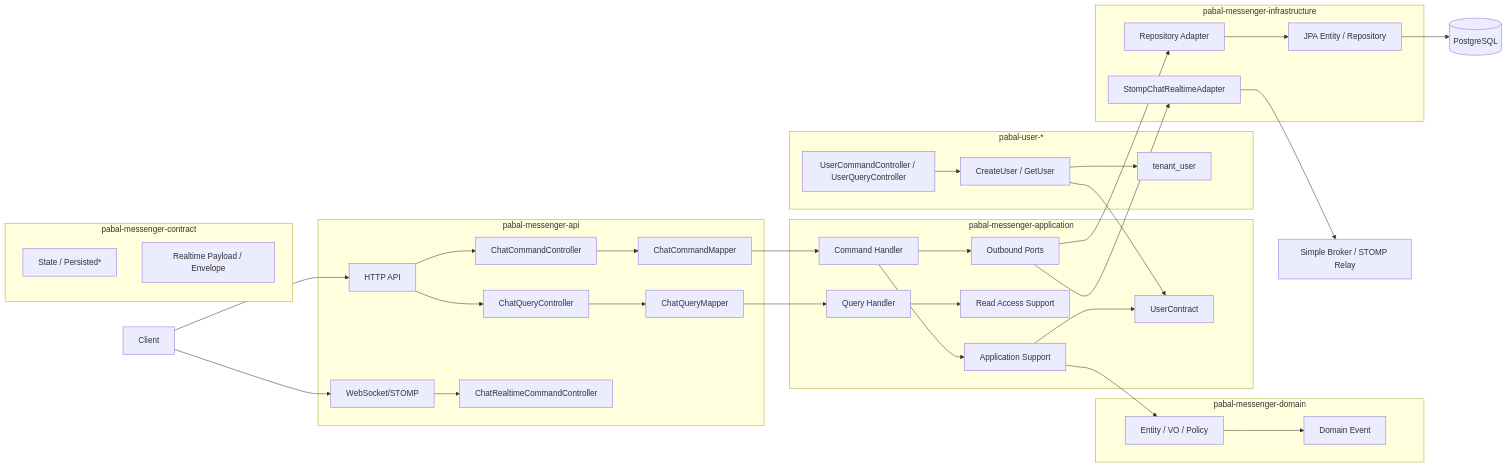
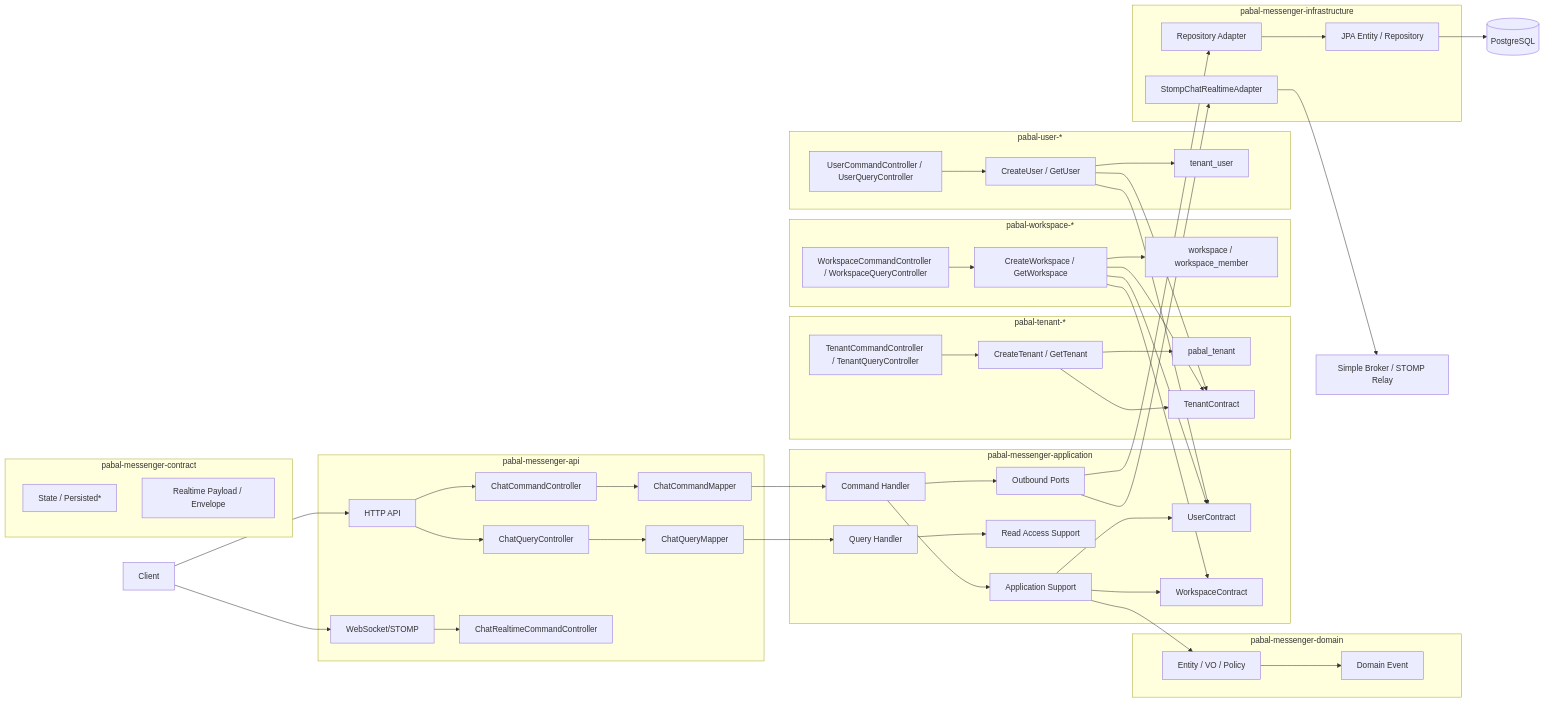
The diagram in docs/architecture/overview.md (woojun-k/pabal), drawn with Mermaid before and after one commit. The commit also changed other lines of this file and 155 other files, not shown here.

Commit message:
feat(messenger,user,tenant,workspace,web): 유저/테넌트/워크스페이스 모듈 신설, STOMP 및 웹 관심사 디커플링

````diff
--- a/docs/architecture/overview.md
+++ b/docs/architecture/overview.md
@@ -42,47 +42,63 @@
 ```mermaid
 flowchart LR
     client["Client"] --> http["HTTP API"]
     client --> ws["WebSocket/STOMP"]
 
     subgraph API["pabal-messenger-api"]
         http --> commandController["ChatCommandController"]
         http --> queryController["ChatQueryController"]
         ws --> realtimeController["ChatRealtimeCommandController"]
         commandController --> commandMapper["ChatCommandMapper"]
         queryController --> queryMapper["ChatQueryMapper"]
     end
 
     subgraph APP["pabal-messenger-application"]
         commandMapper --> commandHandler["Command Handler"]
         queryMapper --> queryHandler["Query Handler"]
         commandHandler --> support["Application Support"]
         queryHandler --> readSupport["Read Access Support"]
         commandHandler --> ports["Outbound Ports"]
         support --> userContract["UserContract"]
+        support --> workspaceContract["WorkspaceContract"]
+    end
+
+    subgraph TENANT["pabal-tenant-*"]
+        tenantApi["TenantCommandController / TenantQueryController"] --> tenantApp["CreateTenant / GetTenant"]
+        tenantApp --> tenantTable["pabal_tenant"]
+        tenantApp --> tenantContract["TenantContract"]
+    end
+
+    subgraph WORKSPACE["pabal-workspace-*"]
+        workspaceApi["WorkspaceCommandController / WorkspaceQueryController"] --> workspaceApp["CreateWorkspace / GetWorkspace"]
+        workspaceApp --> workspaceTables["workspace / workspace_member"]
+        workspaceApp --> workspaceContract
+        workspaceApp --> tenantContract
+        workspaceApp --> userContract
     end
 
     subgraph USER["pabal-user-*"]
         userApi["UserCommandController / UserQueryController"] --> userApp["CreateUser / GetUser"]
         userApp --> tenantUser["tenant_user"]
         userApp --> userContract
+        userApp --> tenantContract
     end
 
     subgraph DOMAIN["pabal-messenger-domain"]
         support --> model["Entity / VO / Policy"]
         model --> events["Domain Event"]
     end
 
     subgraph CONTRACT["pabal-messenger-contract"]
         state["State / Persisted*"]
         realtime["Realtime Payload / Envelope"]
     end
 
     subgraph INFRA["pabal-messenger-infrastructure"]
         ports --> repoAdapter["Repository Adapter"]
         repoAdapter --> jpa["JPA Entity / Repository"]
         ports --> stomp["StompChatRealtimeAdapter"]
     end
 
     jpa --> db[(PostgreSQL)]
     stomp --> broker["Simple Broker / STOMP Relay"]
 ```
````
